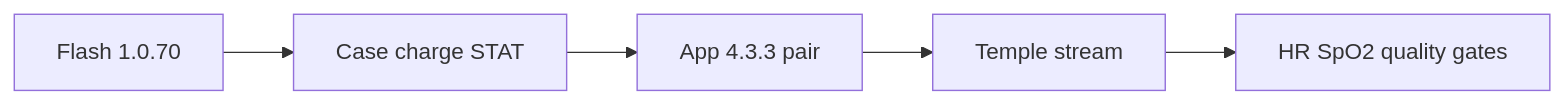
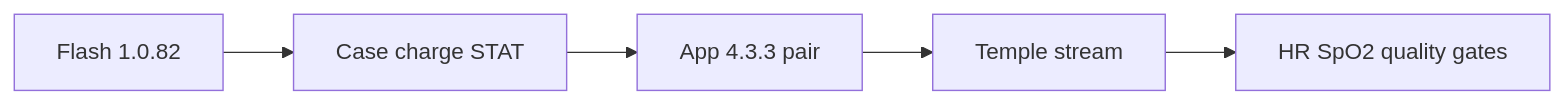
Before and after one commit to johnacogan67/cursor_oralable: the diagram in docs/data_room/VITALS_PILOT_TEST_PLAN.md, drawn with Mermaid. The commit also changed other lines of this file and 37 other files, not shown here.

````diff
--- a/docs/data_room/VITALS_PILOT_TEST_PLAN.md
+++ b/docs/data_room/VITALS_PILOT_TEST_PLAN.md
@@ -13,7 +13,7 @@
 ```mermaid
 flowchart LR
-  Flash[Flash 1.0.70] --> Case[Case charge STAT]
+  Flash[Flash 1.0.82] --> Case[Case charge STAT]
   Case --> App[App 4.3.3 pair]
   App --> Temple[Temple stream]
   Temple --> Gates[HR SpO2 quality gates]
 ```
````
